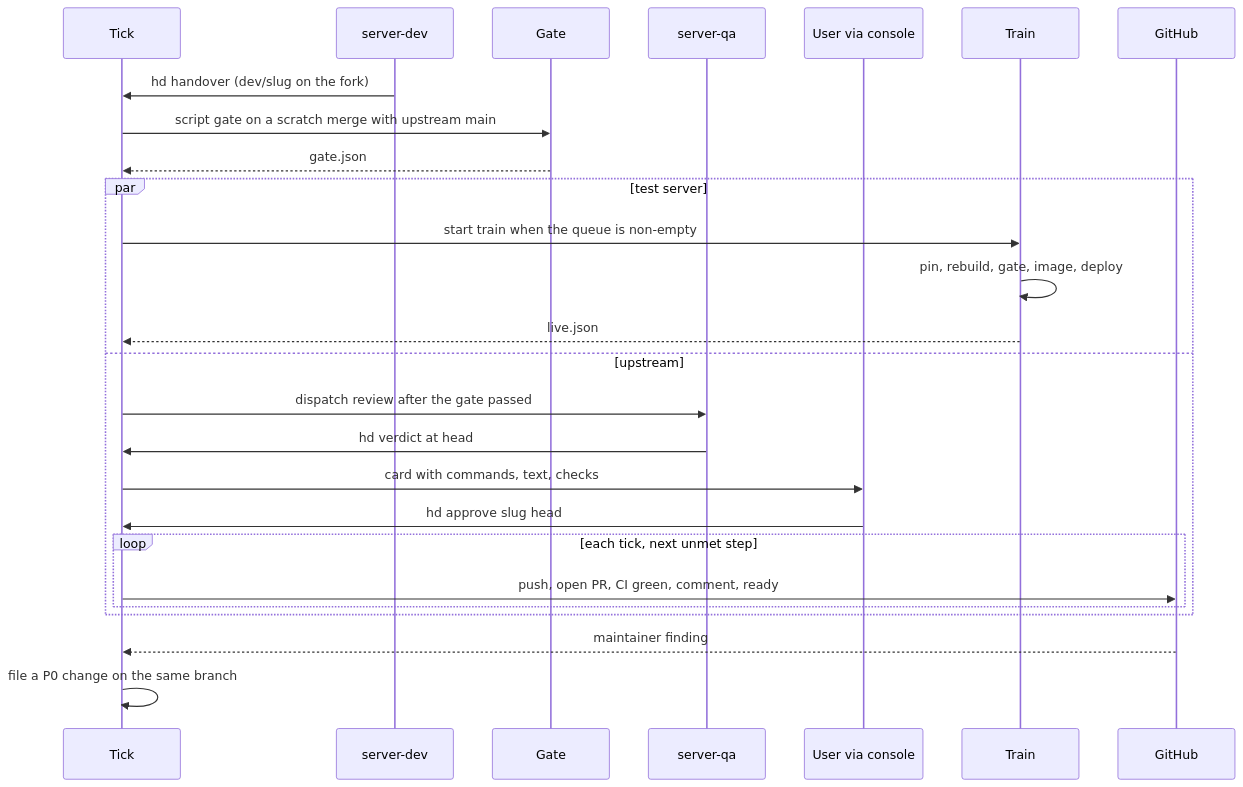
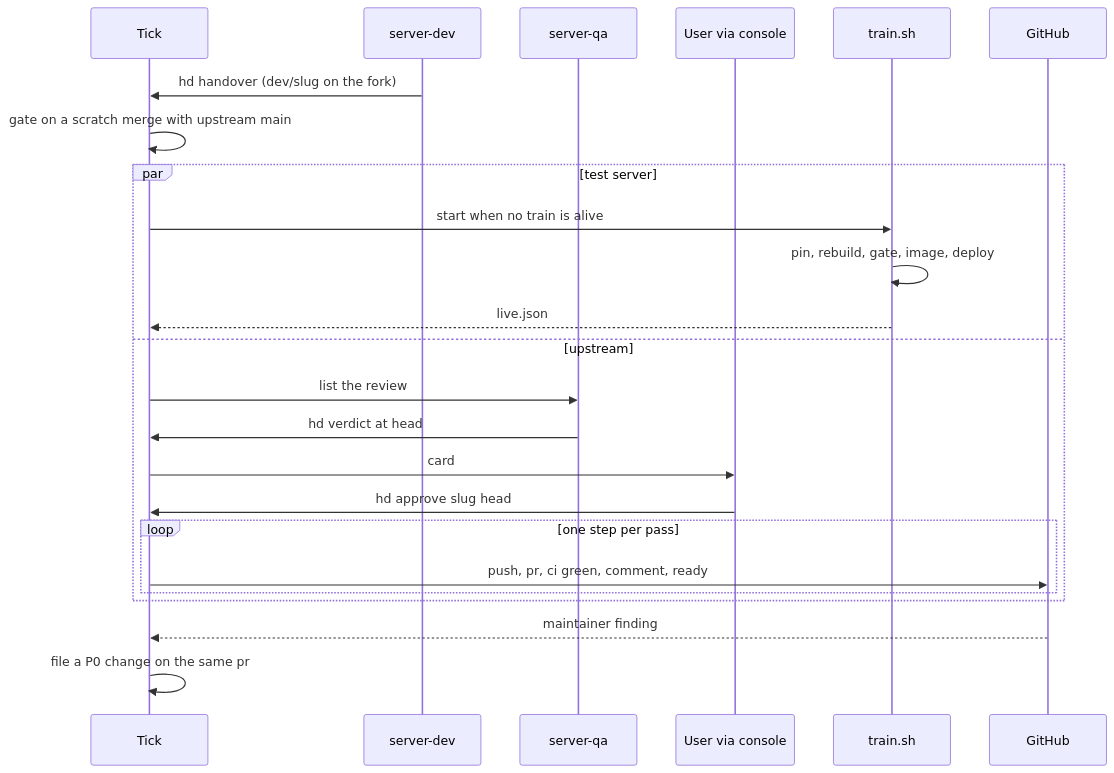
The fourth of 6 diagrams in docs/ARCHITECTURE.md (AlexPerrin/osrs-harness), drawn with Mermaid before and after one commit. The commit also changed other lines of this file and 3 other files, not shown here.

First line of the commit message:
docs: v7 derived from first principles; one mechanism (step lists); PROPOSAL for review

````diff
--- a/docs/ARCHITECTURE.md
+++ b/docs/ARCHITECTURE.md
@@ -300,28 +241,26 @@
 ```mermaid
 sequenceDiagram
   participant T as Tick
   participant D as server-dev
-  participant G as Gate
   participant Q as server-qa
   participant U as User via console
-  participant Tr as Train
+  participant Tr as train.sh
   participant GH as GitHub
   D->>T: hd handover (dev/slug on the fork)
-  T->>G: script gate on a scratch merge with upstream main
-  G-->>T: gate.json
+  T->>T: gate on a scratch merge with upstream main
   par test server
-    T->>Tr: start train when the queue is non-empty
+    T->>Tr: start when no train is alive
     Tr->>Tr: pin, rebuild, gate, image, deploy
     Tr-->>T: live.json
   and upstream
-    T->>Q: dispatch review after the gate passed
+    T->>Q: list the review
     Q->>T: hd verdict at head
-    T->>U: card with commands, text, checks
+    T->>U: card
     U->>T: hd approve slug head
-    loop each tick, next unmet step
-      T->>GH: push, open PR, CI green, comment, ready
+    loop one step per pass
+      T->>GH: push, pr, ci green, comment, ready
     end
   end
   GH-->>T: maintainer finding
-  T->>T: file a P0 change on the same branch
+  T->>T: file a P0 change on the same pr
 ```
````
